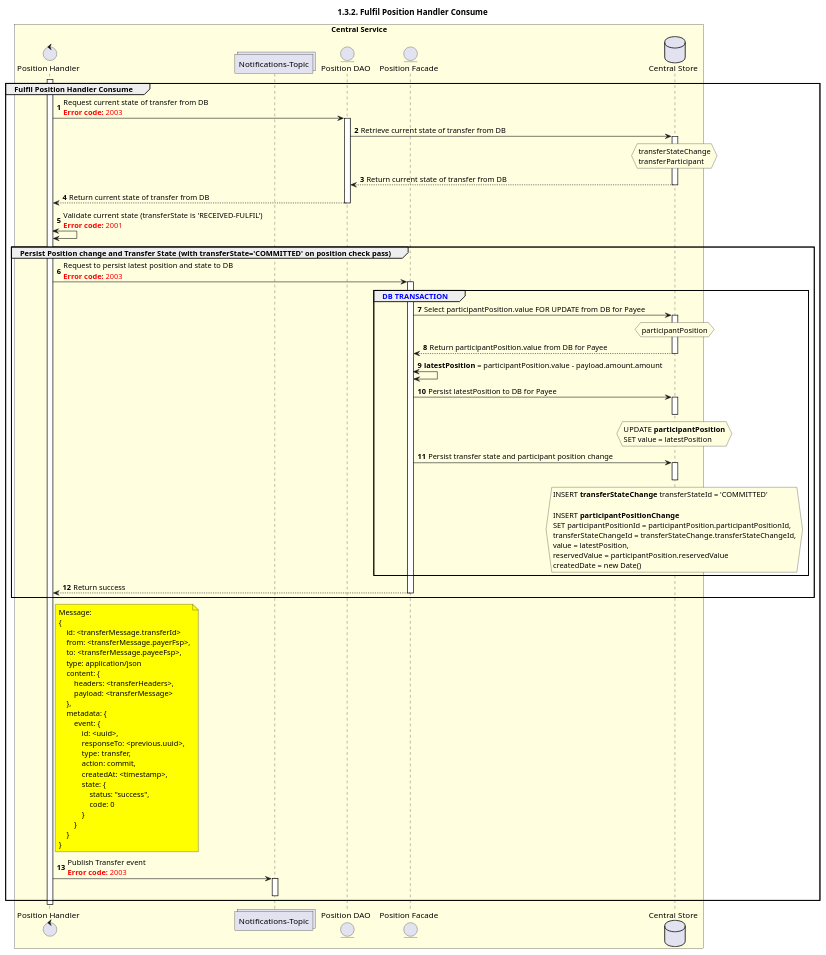
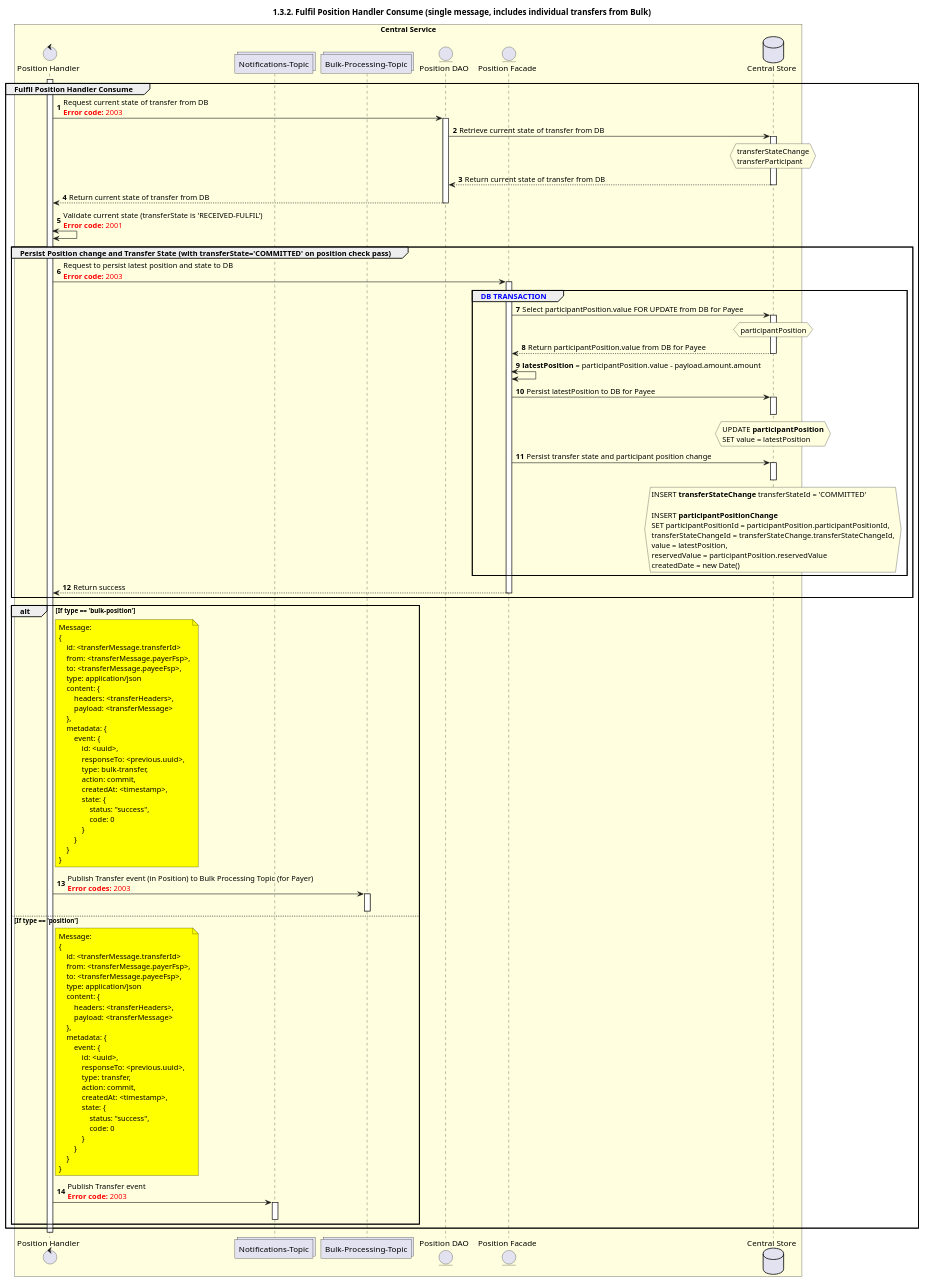
Before and after one commit to mojaloop/documentation: the diagram in mojaloop-technical-overview/central-bulk-transfers/assets/diagrams/sequence/seq-position-1.3.2-fulfil.plantuml, drawn with PlantUML. The commit also changed other lines of this file and 1 other file, not shown here.

Commit message:
position diagrams for fulfil and abort updated for bulk

```diff
--- a/mojaloop-technical-overview/central-bulk-transfers/assets/diagrams/sequence/seq-position-1.3.2-fulfil.plantuml
+++ b/mojaloop-technical-overview/central-bulk-transfers/assets/diagrams/sequence/seq-position-1.3.2-fulfil.plantuml
@@ -27,114 +28,149 @@
 @startuml
 ' declate title
-title 1.3.2. Fulfil Position Handler Consume
+title 1.3.2. Fulfil Position Handler Consume (single message, includes individual transfers from Bulk)
 
 autonumber
 
 ' Actor Keys:
 '   boundary - APIs/Interfaces, etc
 '   collections - Kafka Topics
 '   control - Kafka Consumers
 '   entity - Database Access Objects
 '   database - Database Persistence Store
 
 ' declare actors
 control "Position Handler" as POS_HANDLER
 collections "Notifications-Topic" as TOPIC_NOTIFICATIONS
+collections "Bulk-Processing-Topic" as TOPIC_BULK_PROCESSING
 entity "Position Facade" as POS_FACADE
 entity "Position DAO" as POS_DAO
 database "Central Store" as DB
 
 box "Central Service" #LightYellow
     participant POS_HANDLER
     participant TOPIC_NOTIFICATIONS
+    participant TOPIC_BULK_PROCESSING
     participant POS_DAO
     participant POS_FACADE
     participant DB
 end box
 
 ' start flow
 activate POS_HANDLER
 group Fulfil Position Handler Consume
     POS_HANDLER -> POS_DAO: Request current state of transfer from DB \n<color #FF0000><b>Error code:</b> 2003</color>
     activate POS_DAO
     POS_DAO -> DB: Retrieve current state of transfer from DB
     activate DB
     hnote over DB #lightyellow
         transferStateChange
         transferParticipant
     end note
     DB --> POS_DAO: Return current state of transfer from DB
     deactivate DB
     POS_DAO --> POS_HANDLER: Return current state of transfer from DB
     deactivate POS_DAO
     POS_HANDLER <-> POS_HANDLER: Validate current state (transferState is 'RECEIVED-FULFIL')\n<color #FF0000><b>Error code:</b> 2001</color>
     group Persist Position change and Transfer State (with transferState='COMMITTED' on position check pass)
         POS_HANDLER -> POS_FACADE: Request to persist latest position and state to DB\n<color #FF0000><b>Error code:</b> 2003</color>
         group <color #blue>DB TRANSACTION</color>
             activate POS_FACADE
             POS_FACADE -> DB: Select participantPosition.value FOR UPDATE from DB for Payee
             activate DB
             hnote over DB #lightyellow
                 participantPosition
             end note
             DB --> POS_FACADE: Return participantPosition.value from DB for Payee
             deactivate DB
             POS_FACADE <-> POS_FACADE: **latestPosition** = participantPosition.value - payload.amount.amount
             POS_FACADE->DB: Persist latestPosition to DB for Payee
             hnote over DB #lightyellow
                 UPDATE **participantPosition**
                 SET value = latestPosition
             end note
             activate DB
             deactivate DB
             POS_FACADE -> DB: Persist transfer state and participant position change
             hnote over DB #lightyellow
                     INSERT **transferStateChange** transferStateId = 'COMMITTED'
 
                     INSERT **participantPositionChange**
                     SET participantPositionId = participantPosition.participantPositionId,
                     transferStateChangeId = transferStateChange.transferStateChangeId,
                     value = latestPosition,
                     reservedValue = participantPosition.reservedValue
                     createdDate = new Date()
             end note
             activate DB
             deactivate DB
             deactivate POS_DAO
         end
         POS_FACADE --> POS_HANDLER: Return success
         deactivate POS_FACADE
     end
 
-    note right of POS_HANDLER #yellow
+    alt If type == 'bulk-position'
+        note right of POS_HANDLER #yellow
+        Message:
+        {
+            id: <transferMessage.transferId>
+            from: <transferMessage.payerFsp>,
+            to: <transferMessage.payeeFsp>,
+            type: application/json
+            content: {
+                headers: <transferHeaders>,
+                payload: <transferMessage>
+            },
+            metadata: {
+                event: {
+                    id: <uuid>,
+                    responseTo: <previous.uuid>,
+                    type: bulk-transfer,
+                    action: commit,
+                    createdAt: <timestamp>,
+                    state: {
+                        status: "success",
+                        code: 0
+                    }
+                }
+            }
+        }
+        end note
+        POS_HANDLER -> TOPIC_BULK_PROCESSING: Publish Transfer event (in Position) to Bulk Processing Topic (for Payer) \n<color #FF0000><b>Error codes:</b> 2003</color>
+        activate TOPIC_BULK_PROCESSING
+        deactivate TOPIC_BULK_PROCESSING
+    else If type == 'position'
+        note right of POS_HANDLER #yellow
         Message:
         {
             id: <transferMessage.transferId>
             from: <transferMessage.payerFsp>,
             to: <transferMessage.payeeFsp>,
             type: application/json
             content: {
                 headers: <transferHeaders>,
                 payload: <transferMessage>
             },
             metadata: {
                 event: {
                     id: <uuid>,
                     responseTo: <previous.uuid>,
                     type: transfer,
                     action: commit,
                     createdAt: <timestamp>,
                     state: {
                         status: "success",
                         code: 0
                     }
                 }
             }
         }
-    end note
-    POS_HANDLER -> TOPIC_NOTIFICATIONS: Publish Transfer event\n<color #FF0000><b>Error code:</b> 2003</color>
-    activate TOPIC_NOTIFICATIONS
-    deactivate TOPIC_NOTIFICATIONS
+        end note
+        POS_HANDLER -> TOPIC_NOTIFICATIONS: Publish Transfer event\n<color #FF0000><b>Error code:</b> 2003</color>
+        activate TOPIC_NOTIFICATIONS
+        deactivate TOPIC_NOTIFICATIONS
+    end
+
 end
 deactivate POS_HANDLER
 @enduml
```
